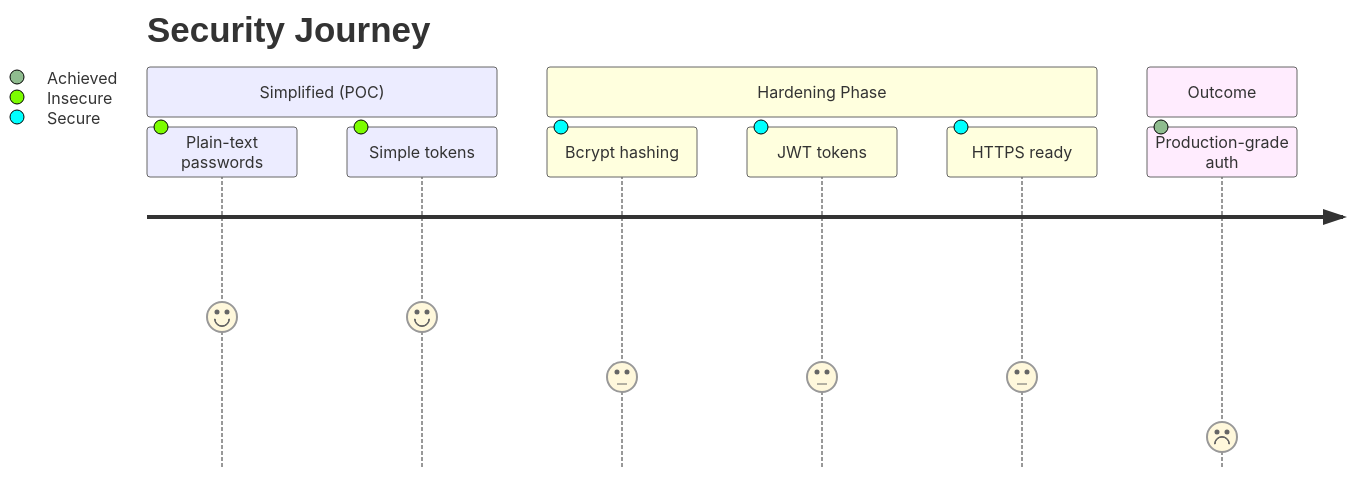
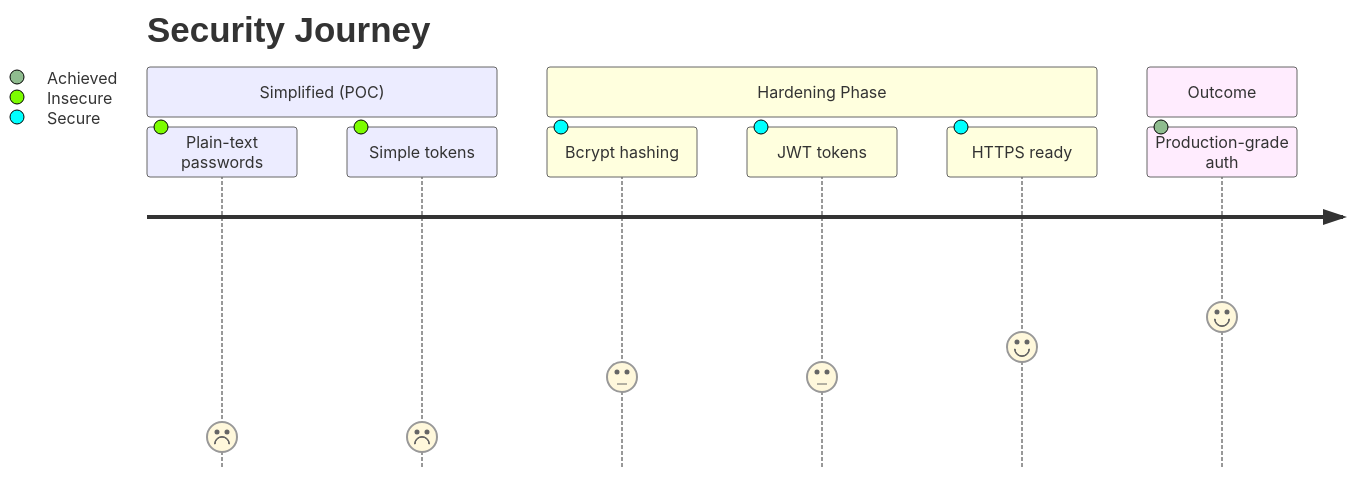
The sixth of 6 diagrams in README.md (ibraheemcisse/ioc-labs-ecommerce), drawn with Mermaid before and after one commit.

````diff
--- a/README.md
+++ b/README.md
@@ -197,13 +197,13 @@
 ```mermaid
 journey
     title Security Journey
     section Simplified (POC)
-      Plain-text passwords: 5: Insecure
-      Simple tokens: 5: Insecure
+      Plain-text passwords: 1: Insecure
+      Simple tokens: 1: Insecure
     section Hardening Phase
       Bcrypt hashing: 3: Secure
       JWT tokens: 3: Secure
-      HTTPS ready: 3: Secure
+      HTTPS ready: 4: Secure
     section Outcome
-      Production-grade auth: 1: Achieved
+      Production-grade auth: 5: Achieved
 ```
````
